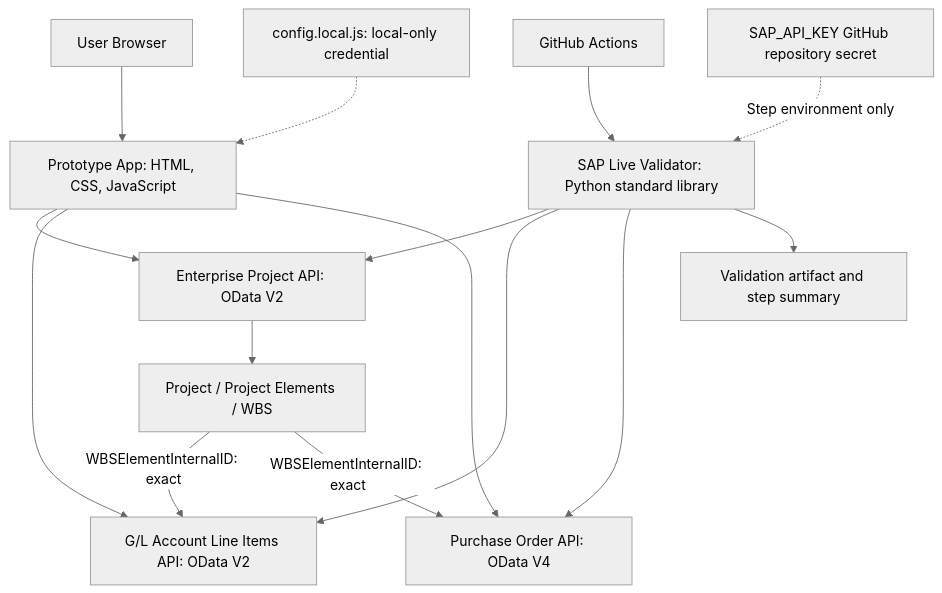
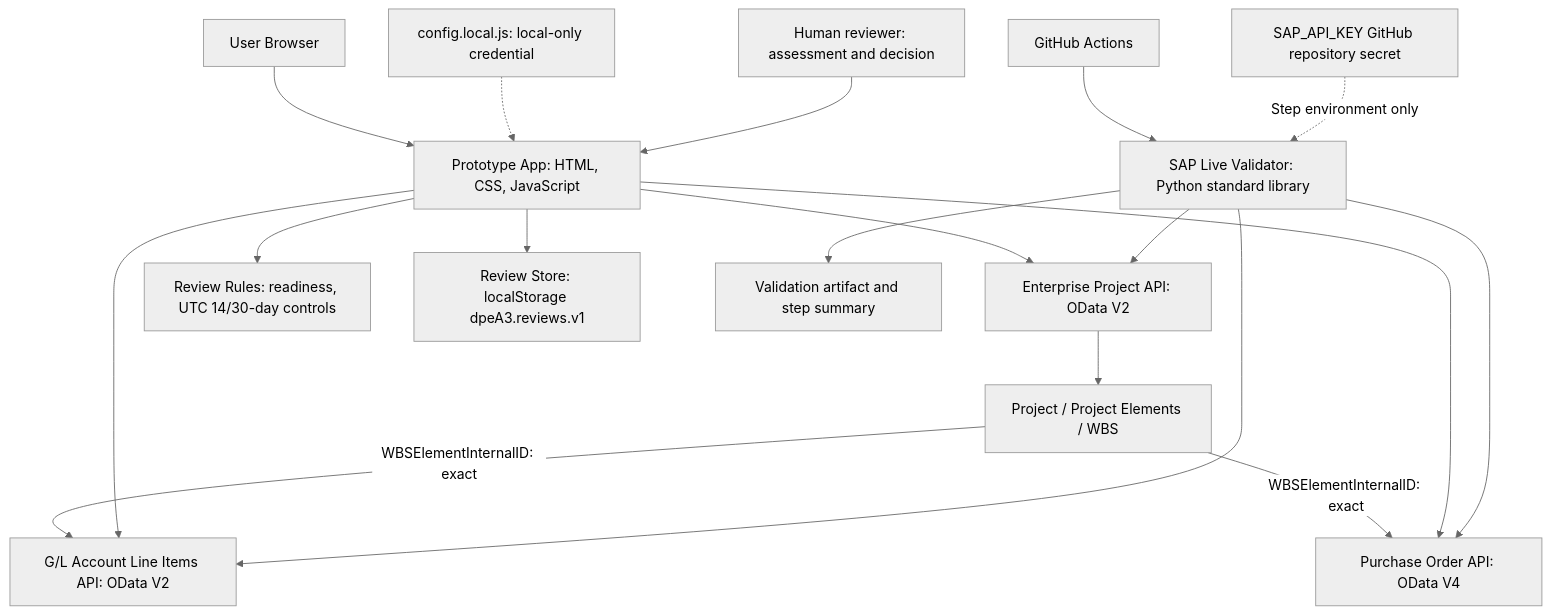
The diagram in docs/ARCHITECTURE.md (zli806/infosys704-a3), drawn with Mermaid (neutral theme) before and after one commit. The commit also changed other lines of this file and 16 other files, not shown here.

````diff
--- a/docs/ARCHITECTURE.md
+++ b/docs/ARCHITECTURE.md
@@ -11,17 +11,20 @@
 ```mermaid
 flowchart TD
     Browser["User Browser"] --> App["Prototype App: HTML, CSS, JavaScript"]
     Local["config.local.js: local-only credential"] -.-> App
     App --> EP["Enterprise Project API: OData V2"]
     EP --> Lifecycle["Project / Project Elements / WBS"]
     Lifecycle -->|"WBSElementInternalID: exact"| GL["G/L Account Line Items API: OData V2"]
     Lifecycle -->|"WBSElementInternalID: exact"| PO["Purchase Order API: OData V4"]
     App --> GL
     App --> PO
+    App --> Rules["Review Rules: readiness, UTC 14/30-day controls"]
+    App --> Store["Review Store: localStorage dpeA3.reviews.v1"]
+    Reviewer["Human reviewer: assessment and decision"] --> App
     Actions["GitHub Actions"] --> Validator["SAP Live Validator: Python standard library"]
     Secret["SAP_API_KEY GitHub repository secret"] -.->|"Step environment only"| Validator
     Validator --> EP
     Validator --> GL
     Validator --> PO
     Validator --> Reports["Validation artifact and step summary"]
 ```
````
